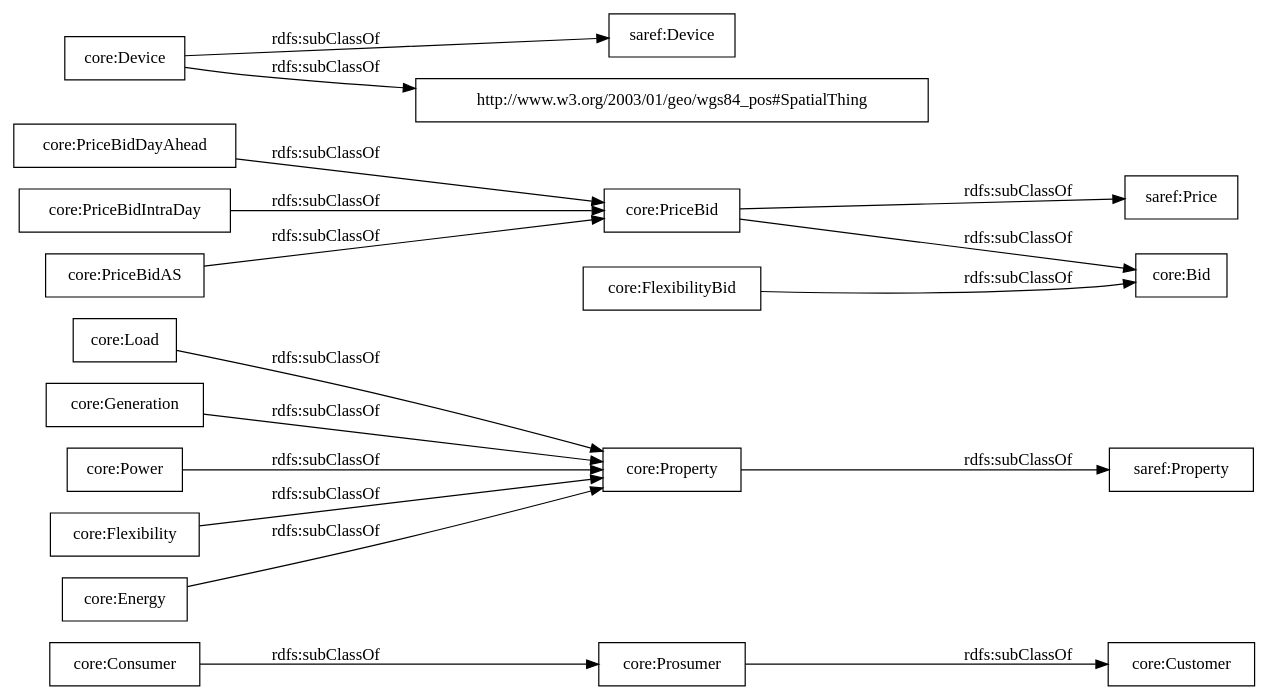
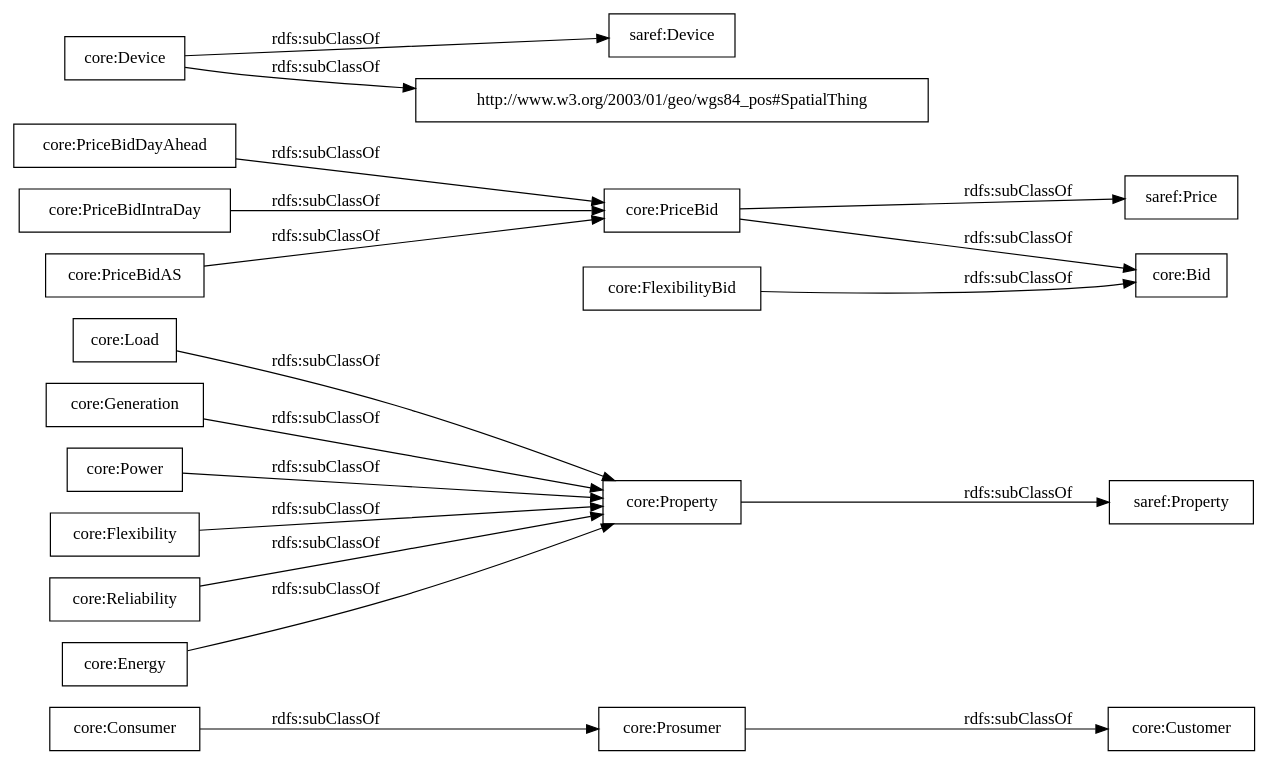
One commit to oeg-upm/delta-ontology changed the diagram in OnToology/ontology/delta.ttl/diagrams/ar2dtool-taxonomy/delta.ttl.png.dot. Above: the diagram before and after it, drawn with Graphviz. The commit also changed 12 other files, not shown here.

```diff
--- a/OnToology/ontology/delta.ttl/diagrams/ar2dtool-taxonomy/delta.ttl.png.dot
+++ b/OnToology/ontology/delta.ttl/diagrams/ar2dtool-taxonomy/delta.ttl.png.dot
@@ -1,22 +1,23 @@
 digraph ar2dtool_diagram { 
 rankdir=LR;
 size="1000"
-node [shape = rectangle, color="black"]; "core:Customer" "saref:Property" "core:Consumer" "core:Load" "core:PriceBidDayAhead" "core:Generation" "saref:Device" "core:PriceBidIntraDay" "core:Power" "core:Prosumer" "core:FlexibilityBid" "core:Device" "core:Flexibility" "http://www.w3.org/2003/01/geo/wgs84_pos#SpatialThing" "saref:Price" "core:Property" "core:PriceBidAS" "core:Energy" "core:Bid" "core:PriceBid" ; /*classes style*/
+node [shape = rectangle, color="black"]; "core:Customer" "saref:Property" "core:Consumer" "core:Load" "core:PriceBidDayAhead" "core:Generation" "saref:Device" "core:PriceBidIntraDay" "core:Power" "core:Prosumer" "core:FlexibilityBid" "core:Device" "core:Flexibility" "core:Reliability" "http://www.w3.org/2003/01/geo/wgs84_pos#SpatialThing" "saref:Price" "core:Property" "core:PriceBidAS" "core:Energy" "core:Bid" "core:PriceBid" ; /*classes style*/
 	"core:Generation" -> "core:Property" [ label = "rdfs:subClassOf" ];
 	"core:Flexibility" -> "core:Property" [ label = "rdfs:subClassOf" ];
 	"core:FlexibilityBid" -> "core:Bid" [ label = "rdfs:subClassOf" ];
+	"core:Reliability" -> "core:Property" [ label = "rdfs:subClassOf" ];
+	"core:Energy" -> "core:Property" [ label = "rdfs:subClassOf" ];
 	"core:PriceBidAS" -> "core:PriceBid" [ label = "rdfs:subClassOf" ];
-	"core:Energy" -> "core:Property" [ label = "rdfs:subClassOf" ];
 	"core:PriceBidIntraDay" -> "core:PriceBid" [ label = "rdfs:subClassOf" ];
 	"core:Power" -> "core:Property" [ label = "rdfs:subClassOf" ];
 	"core:Prosumer" -> "core:Customer" [ label = "rdfs:subClassOf" ];
 	"core:Device" -> "saref:Device" [ label = "rdfs:subClassOf" ];
 	"core:Device" -> "http://www.w3.org/2003/01/geo/wgs84_pos#SpatialThing" [ label = "rdfs:subClassOf" ];
 	"core:Property" -> "saref:Property" [ label = "rdfs:subClassOf" ];
 	"core:PriceBid" -> "saref:Price" [ label = "rdfs:subClassOf" ];
 	"core:PriceBid" -> "core:Bid" [ label = "rdfs:subClassOf" ];
 	"core:Consumer" -> "core:Prosumer" [ label = "rdfs:subClassOf" ];
 	"core:PriceBidDayAhead" -> "core:PriceBid" [ label = "rdfs:subClassOf" ];
 	"core:Load" -> "core:Property" [ label = "rdfs:subClassOf" ];
 
 }
```
